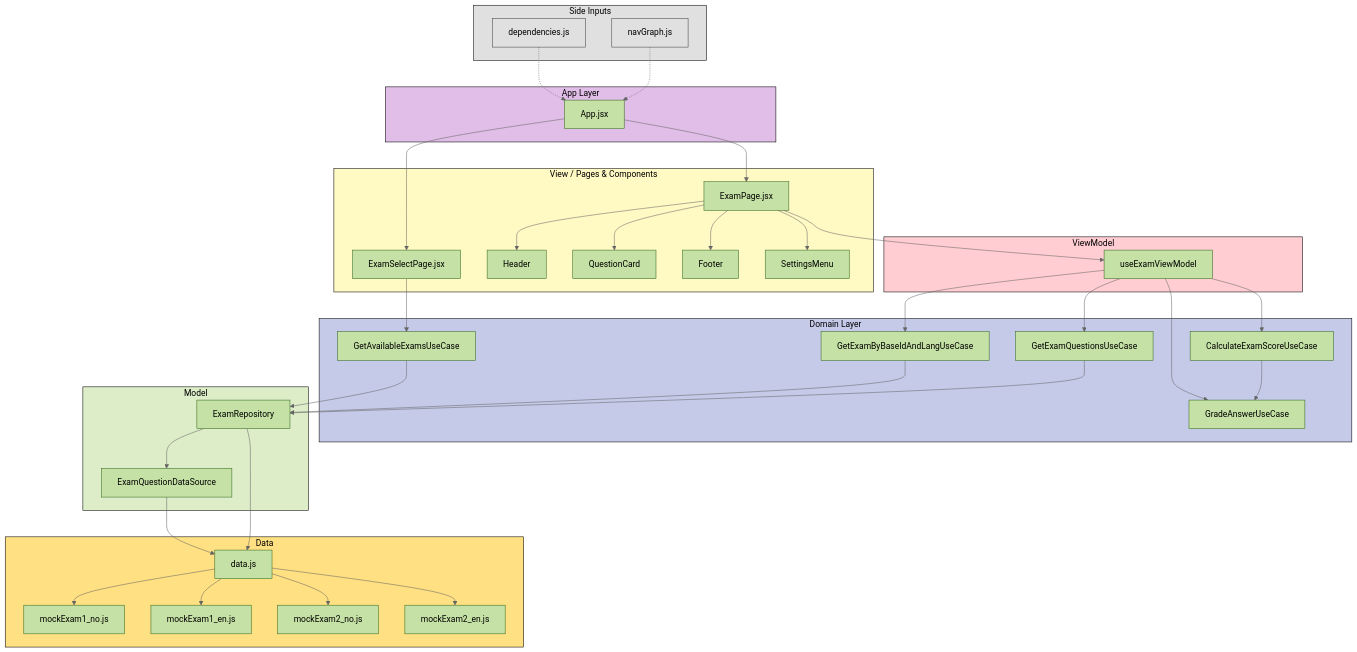
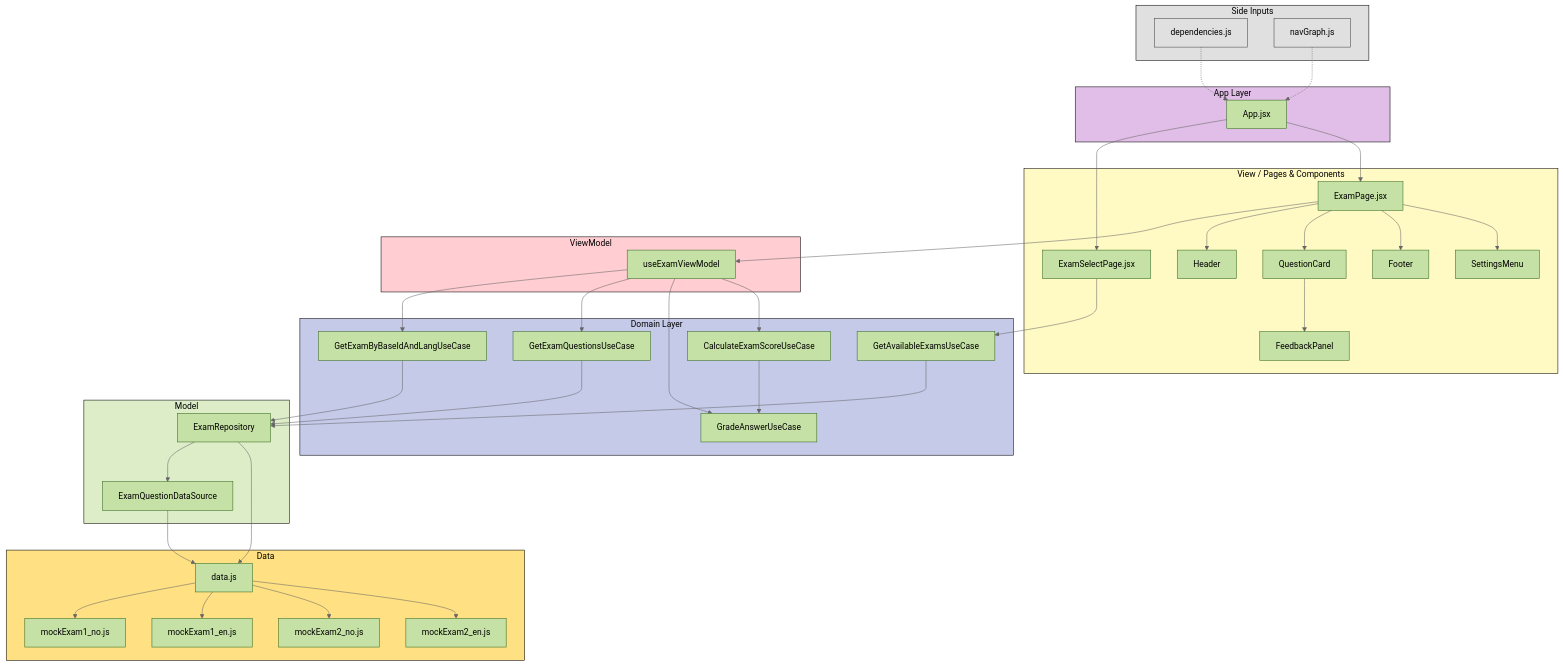
One commit to FredrikVE/ExamPrepper changed the diagram in README.md. Above: the diagram before and after it, drawn with Mermaid (neutral theme). The commit also changed other lines of this file, not shown here.

````diff
--- a/README.md
+++ b/README.md
@@ -171,43 +209,29 @@
 ```mermaid
 flowchart TB
 
-%% =========================
-%% SIDE INPUTS
-%% =========================
 subgraph SideInputs["Side Inputs"]
     DI["dependencies.js"]
     NavGraph["navGraph.js"]
 end
 
-%% =========================
-%% APP
-%% =========================
 subgraph AppLayer["App Layer"]
     App["App.jsx"]
 end
 
-%% =========================
-%% VIEW / PAGES
-%% =========================
 subgraph View["View / Pages & Components"]
     ExamSelectPage["ExamSelectPage.jsx"]
     ExamPage["ExamPage.jsx"]
     Header["Header"]
     QuestionCard["QuestionCard"]
+    FeedbackPanel["FeedbackPanel"]
     Footer["Footer"]
     SettingsMenu["SettingsMenu"]
 end
 
-%% =========================
-%% VIEWMODEL
-%% =========================
 subgraph ViewModel["ViewModel"]
     ExamVM["useExamViewModel"]
 end
 
-%% =========================
-%% DOMAIN
-%% =========================
 subgraph Domain["Domain Layer"]
     GetAvailableExamsUC["GetAvailableExamsUseCase"]
     GetExamByBaseIdAndLangUC["GetExamByBaseIdAndLangUseCase"]
@@ -216,17 +240,11 @@
     CalculateScoreUC["CalculateExamScoreUseCase"]
 end
 
-%% =========================
-%% MODEL
-%% =========================
 subgraph Model["Model"]
     Repo["ExamRepository"]
     DS["ExamQuestionDataSource"]
 end
 
-%% =========================
-%% DATA
-%% =========================
 subgraph Data["Data"]
     DataRegistry["data.js"]
     MockExam1No["mockExam1_no.js"]
@@ -235,74 +253,41 @@
     MockExam2En["mockExam2_en.js"]
 end
 
-%% =========================
-%% SIDE INPUTS INTO APP
-%% =========================
 DI -.-> App
 NavGraph -.-> App
 
-%% =========================
-%% APP → PAGES
-%% =========================
 App --> ExamSelectPage
 App --> ExamPage
 
-%% =========================
-%% SELECT PAGE FLOW
-%% =========================
 ExamSelectPage --> GetAvailableExamsUC
-
-%% =========================
-%% VIEW → VIEWMODEL
-%% =========================
 ExamPage --> ExamVM
 
-%% =========================
-%% VIEW COMPOSITION
-%% =========================
 ExamPage --> Header
 ExamPage --> QuestionCard
+QuestionCard --> FeedbackPanel
 ExamPage --> Footer
 ExamPage --> SettingsMenu
 
-%% =========================
-%% VIEWMODEL → DOMAIN
-%% =========================
 ExamVM --> GetExamByBaseIdAndLangUC
 ExamVM --> GetExamQuestionsUC
 ExamVM --> GradeAnswerUC
 ExamVM --> CalculateScoreUC
 
-%% =========================
-%% DOMAIN INTERNAL
-%% =========================
 CalculateScoreUC --> GradeAnswerUC
 
-%% =========================
-%% DOMAIN → MODEL
-%% =========================
 GetAvailableExamsUC --> Repo
 GetExamByBaseIdAndLangUC --> Repo
 GetExamQuestionsUC --> Repo
 
-%% =========================
-%% MODEL → DATA
-%% =========================
 Repo --> DS
 DS --> DataRegistry
 Repo --> DataRegistry
 
-%% =========================
-%% DATA REGISTRY
-%% =========================
 DataRegistry --> MockExam1No
 DataRegistry --> MockExam1En
 DataRegistry --> MockExam2No
 DataRegistry --> MockExam2En
 
-%% =========================
-%% NODE COLORS
-%% =========================
 classDef sideNode fill:#E0E0E0,stroke:#424242,color:#000000
 classDef appNode fill:#C5E1A5,stroke:#33691E,color:#000000
 classDef viewNode fill:#C5E1A5,stroke:#33691E,color:#000000
@@ -313,15 +298,12 @@
 
 class DI,NavGraph sideNode
 class App appNode
-class ExamSelectPage,ExamPage,Header,QuestionCard,Footer,SettingsMenu viewNode
+class ExamSelectPage,ExamPage,Header,QuestionCard,FeedbackPanel,Footer,SettingsMenu viewNode
 class ExamVM viewModelNode
 class GetAvailableExamsUC,GetExamByBaseIdAndLangUC,GetExamQuestionsUC,GradeAnswerUC,CalculateScoreUC domainNode
 class Repo,DS modelNode
 class DataRegistry,MockExam1No,MockExam1En,MockExam2No,MockExam2En dataNode
 
-%% =========================
-%% SUBGRAPH COLORS
-%% =========================
 style SideInputs stroke:#000000,fill:#E0E0E0,color:#000000
 style AppLayer stroke:#000000,fill:#E1BEE7,color:#000000
 style View stroke:#000000,fill:#FFF9C4,color:#000000
````
